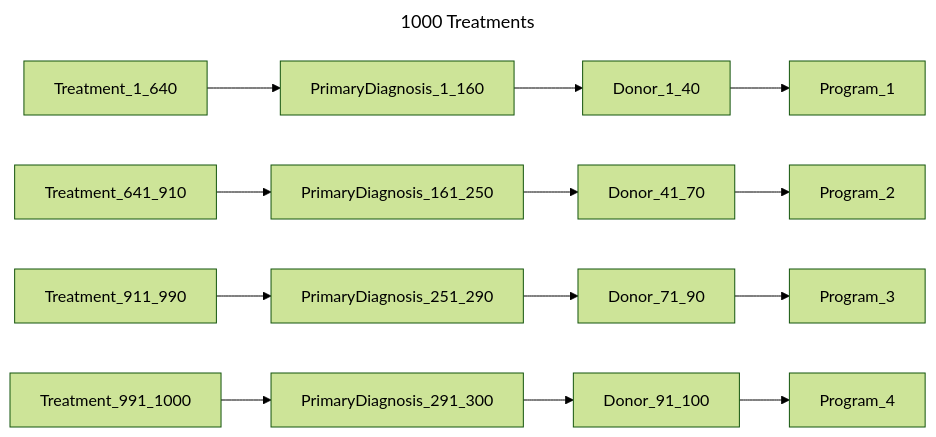
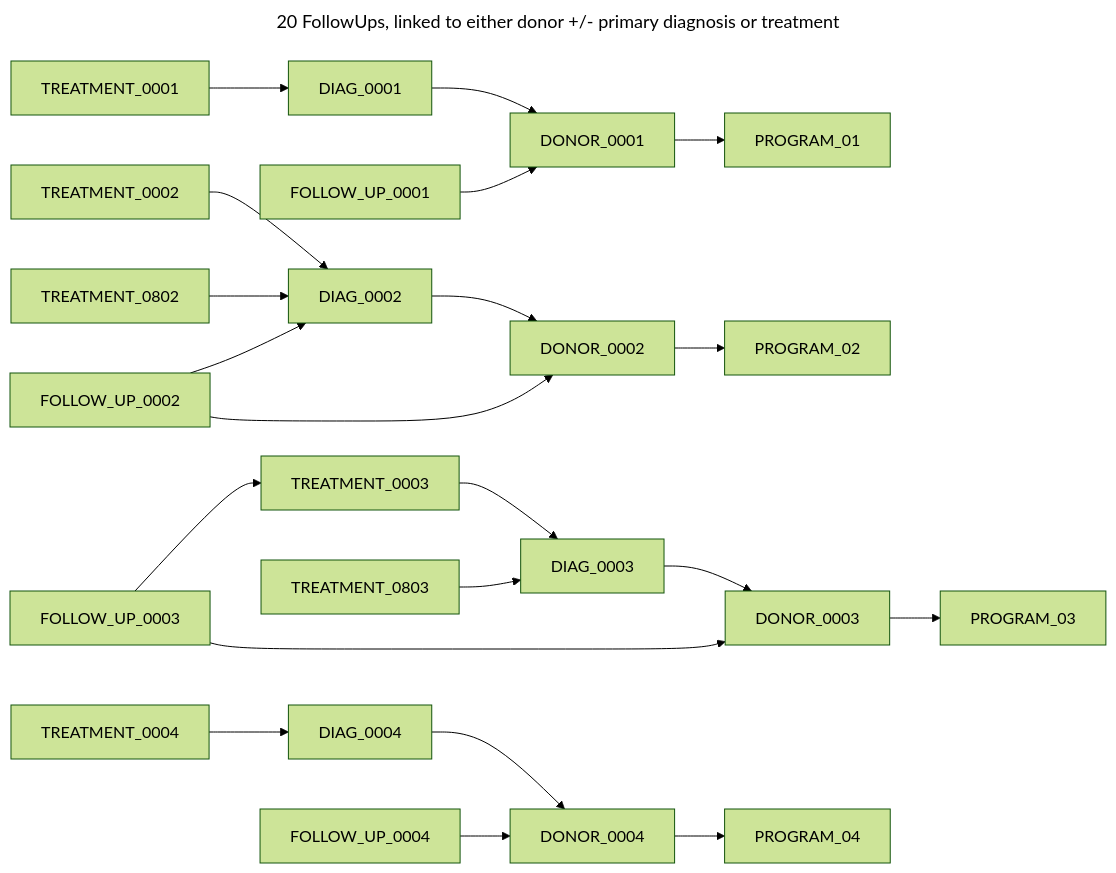
One commit to CanDIG/katsu changed the third of 4 diagrams in chord_metadata_service/mohpackets/data/medium_dataset/README.md. Above: the diagram before and after it, drawn with Mermaid (forest theme). The commit also changed other lines of this file and 43 other files, not shown here.

````diff
--- a/chord_metadata_service/mohpackets/data/medium_dataset/README.md
+++ b/chord_metadata_service/mohpackets/data/medium_dataset/README.md
@@ -58,10 +108,23 @@
 ```mermaid
 ---
-title: 1000 Treatments
+title: 20 FollowUps, linked to either donor +/- primary diagnosis or treatment
 ---
 graph LR;  
-  Treatment_1_640 --> PrimaryDiagnosis_1_160 --> Donor_1_40 --> Program_1;
-  Treatment_641_910 --> PrimaryDiagnosis_161_250 --> Donor_41_70 --> Program_2; 
-  Treatment_911_990 --> PrimaryDiagnosis_251_290 --> Donor_71_90 --> Program_3;
-  Treatment_991_1000 --> PrimaryDiagnosis_291_300 --> Donor_91_100 --> Program_4; 
+  DIAG_0001 --> DONOR_0001 --> PROGRAM_01;  
+  DIAG_0002 --> DONOR_0002 --> PROGRAM_02;  
+  DIAG_0003 --> DONOR_0003 --> PROGRAM_03;  
+  DIAG_0004 --> DONOR_0004 --> PROGRAM_04;
+  TREATMENT_0001 --> DIAG_0001; 
+  TREATMENT_0002 --> DIAG_0002; 
+  TREATMENT_0802 --> DIAG_0002;  
+  TREATMENT_0003 --> DIAG_0003; 
+  TREATMENT_0803 --> DIAG_0003; 
+  TREATMENT_0004 --> DIAG_0004; 
+  FOLLOW_UP_0001 --> DONOR_0001;  
+  FOLLOW_UP_0002 --> DIAG_0002;
+  FOLLOW_UP_0002 --> DONOR_0002; 
+  FOLLOW_UP_0003 --> DONOR_0003; 
+  FOLLOW_UP_0003 --> TREATMENT_0003;  
+  FOLLOW_UP_0004 --> DONOR_0004
+  
 ```
````
